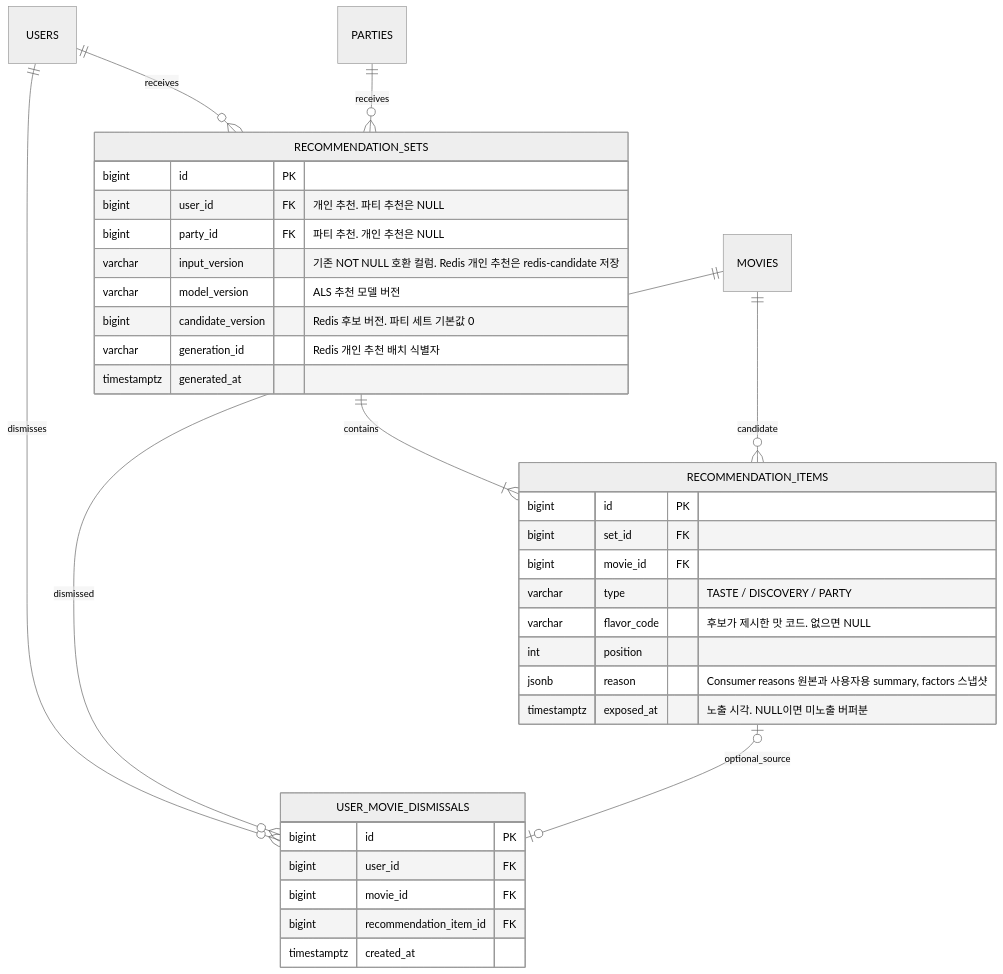
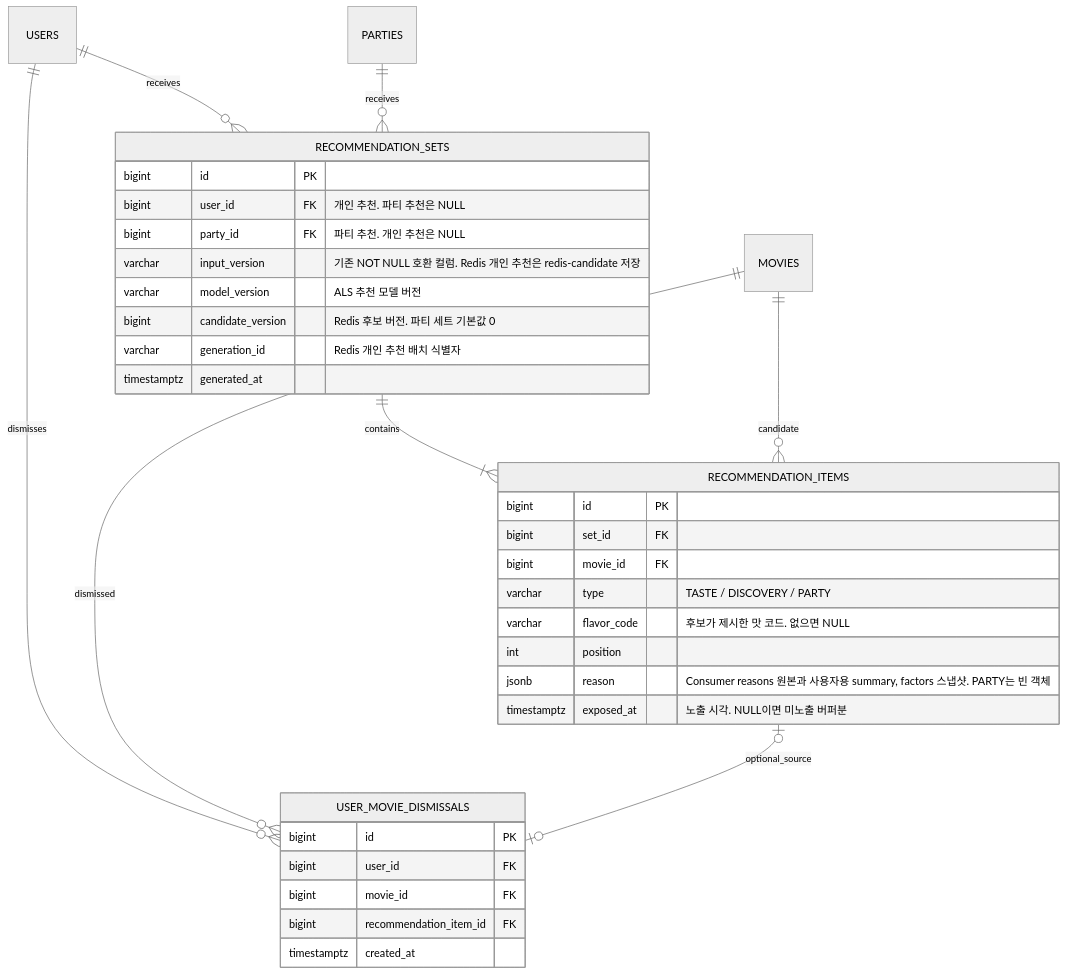
One commit to koongya-studio/feelm changed the fifth of 8 diagrams in docs/erd.md. Above: the diagram before and after it, drawn with Mermaid (neutral theme). The commit also changed other lines of this file and 17 other files, not shown here.

````diff
--- a/docs/erd.md
+++ b/docs/erd.md
@@ -320,38 +320,38 @@
 ```mermaid
 erDiagram
     RECOMMENDATION_SETS {
         bigint id PK
         bigint user_id FK "개인 추천. 파티 추천은 NULL"
         bigint party_id FK "파티 추천. 개인 추천은 NULL"
         varchar input_version "기존 NOT NULL 호환 컬럼. Redis 개인 추천은 redis-candidate 저장"
         varchar model_version "ALS 추천 모델 버전"
         bigint candidate_version "Redis 후보 버전. 파티 세트 기본값 0"
         varchar generation_id "Redis 개인 추천 배치 식별자"
         timestamptz generated_at
     }
     RECOMMENDATION_ITEMS {
         bigint id PK
         bigint set_id FK
         bigint movie_id FK
         varchar type "TASTE / DISCOVERY / PARTY"
         varchar flavor_code "후보가 제시한 맛 코드. 없으면 NULL"
         int position
-        jsonb reason "Consumer reasons 원본과 사용자용 summary, factors 스냅샷"
+        jsonb reason "Consumer reasons 원본과 사용자용 summary, factors 스냅샷. PARTY는 빈 객체"
         timestamptz exposed_at "노출 시각. NULL이면 미노출 버퍼분"
     }
     USER_MOVIE_DISMISSALS {
         bigint id PK
         bigint user_id FK
         bigint movie_id FK
         bigint recommendation_item_id FK
         timestamptz created_at
     }
 
     USERS ||--o{ RECOMMENDATION_SETS : receives
     PARTIES ||--o{ RECOMMENDATION_SETS : receives
     RECOMMENDATION_SETS ||--|{ RECOMMENDATION_ITEMS : contains
     MOVIES ||--o{ RECOMMENDATION_ITEMS : candidate
     USERS ||--o{ USER_MOVIE_DISMISSALS : dismisses
     MOVIES ||--o{ USER_MOVIE_DISMISSALS : dismissed
     RECOMMENDATION_ITEMS o|--o| USER_MOVIE_DISMISSALS : optional_source
 ```
````
